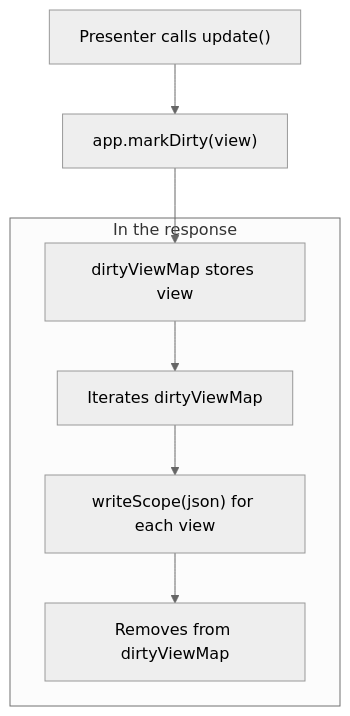
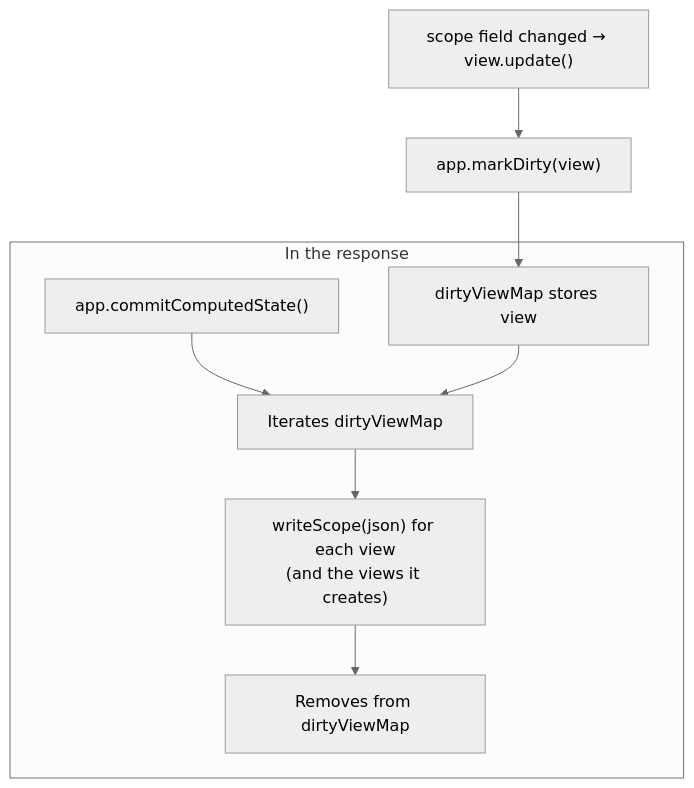
Before and after one commit to mrcdom/wdc-cube-kotlin: the sixth of 9 diagrams in docs/architecture-react.md, drawn with Mermaid (neutral theme). The commit also changed other lines of this file and 14 other files, not shown here.

````diff
--- a/docs/architecture-react.md
+++ b/docs/architecture-react.md
@@ -294,12 +308,13 @@
 ```mermaid
 graph TB
-    P["Presenter calls update()"]
+    P["scope field changed → view.update()"]
     P --> MD["app.markDirty(view)"]
     MD --> DM["dirtyViewMap stores view"]
 
     subgraph "In the response"
-        DM --> IT["Iterates dirtyViewMap"]
-        IT --> WS["writeScope(json) for each view"]
+        CC["app.commitComputedState()"] --> IT["Iterates dirtyViewMap"]
+        DM --> IT
+        IT --> WS["writeScope(json) for each view<br/>(and the views it creates)"]
         WS --> CL["Removes from dirtyViewMap"]
     end
 ```
````
